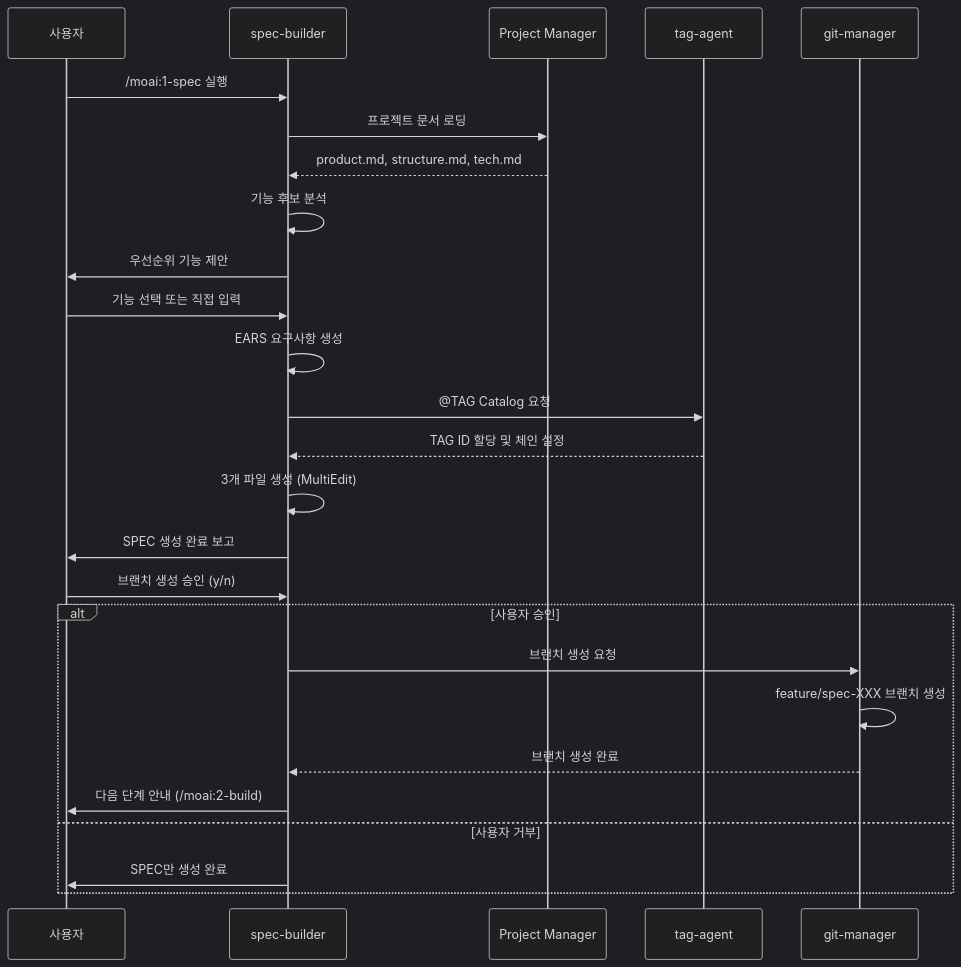
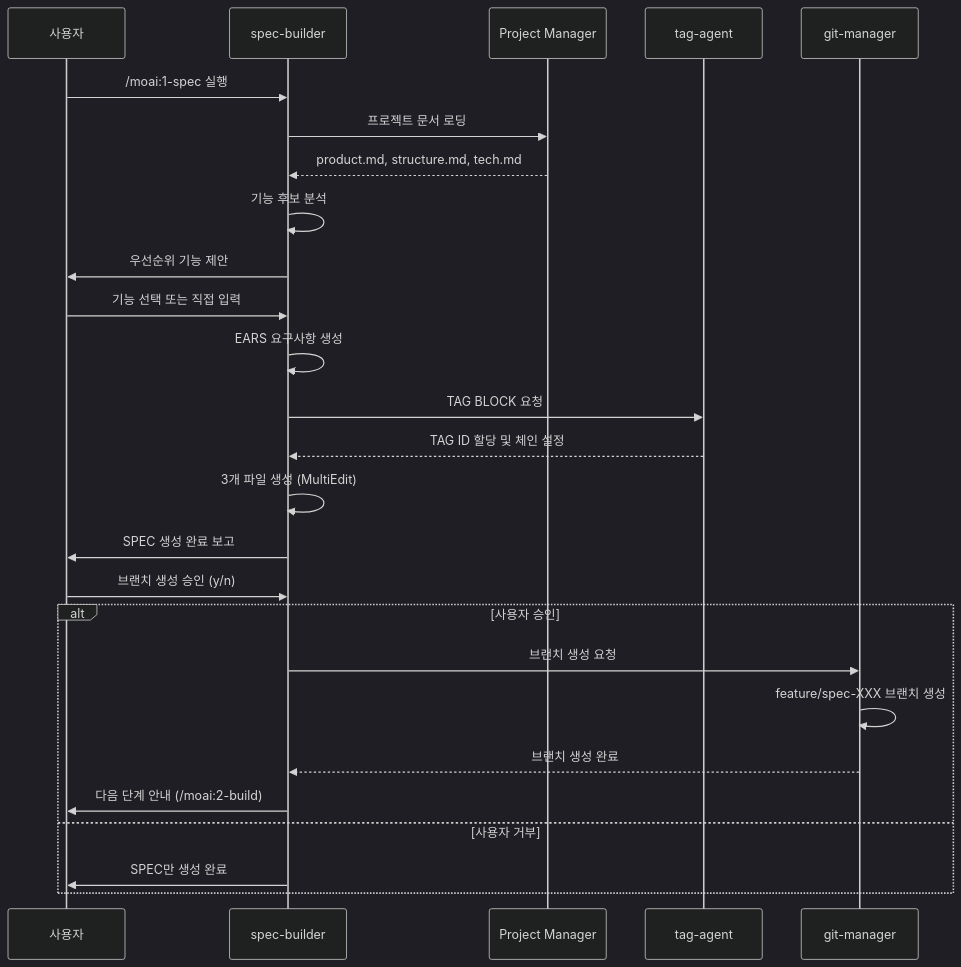
Before and after one commit to modu-ai/moai-adk: the second of 2 diagrams in docs/claude/agents/spec-builder.md, drawn with Mermaid (dark theme). The commit also changed other lines of this file and 151 other files, not shown here.

````diff
--- a/docs/claude/agents/spec-builder.md
+++ b/docs/claude/agents/spec-builder.md
@@ -324,33 +323,33 @@
 ```mermaid
 sequenceDiagram
     participant U as 사용자
     participant SB as spec-builder
     participant PM as Project Manager
     participant TA as tag-agent
     participant GM as git-manager
 
     U->>SB: /moai:1-spec 실행
     SB->>PM: 프로젝트 문서 로딩
     PM-->>SB: product.md, structure.md, tech.md
 
     SB->>SB: 기능 후보 분석
     SB->>U: 우선순위 기능 제안
     U->>SB: 기능 선택 또는 직접 입력
 
     SB->>SB: EARS 요구사항 생성
-    SB->>TA: @TAG Catalog 요청
+    SB->>TA: TAG BLOCK 요청
     TA-->>SB: TAG ID 할당 및 체인 설정
 
     SB->>SB: 3개 파일 생성 (MultiEdit)
     SB->>U: SPEC 생성 완료 보고
 
     U->>SB: 브랜치 생성 승인 (y/n)
     alt 사용자 승인
         SB->>GM: 브랜치 생성 요청
         GM->>GM: feature/spec-XXX 브랜치 생성
         GM-->>SB: 브랜치 생성 완료
         SB->>U: 다음 단계 안내 (/moai:2-build)
     else 사용자 거부
         SB->>U: SPEC만 생성 완료
     end
 ```
````
